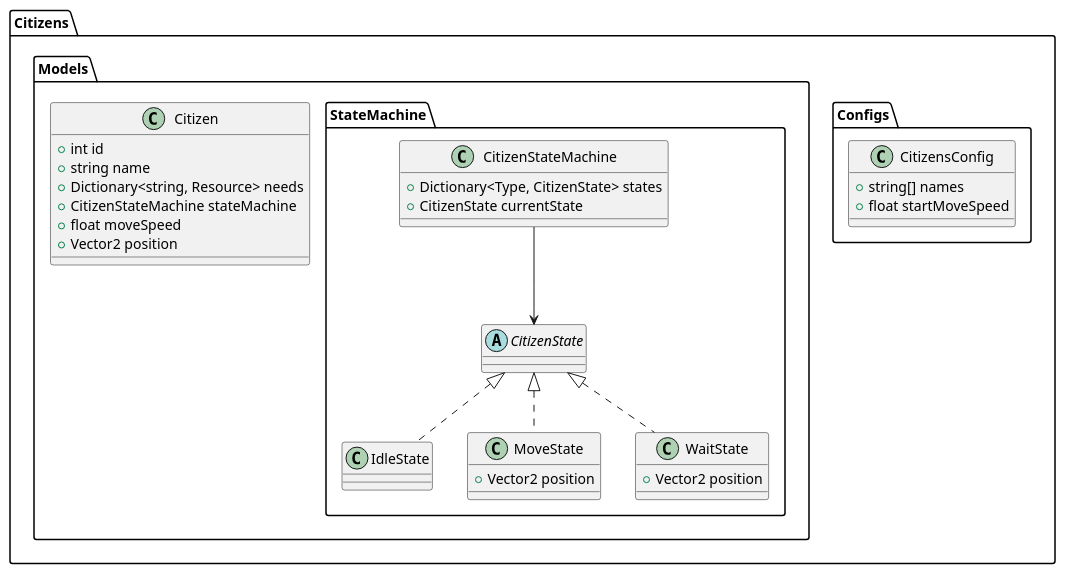
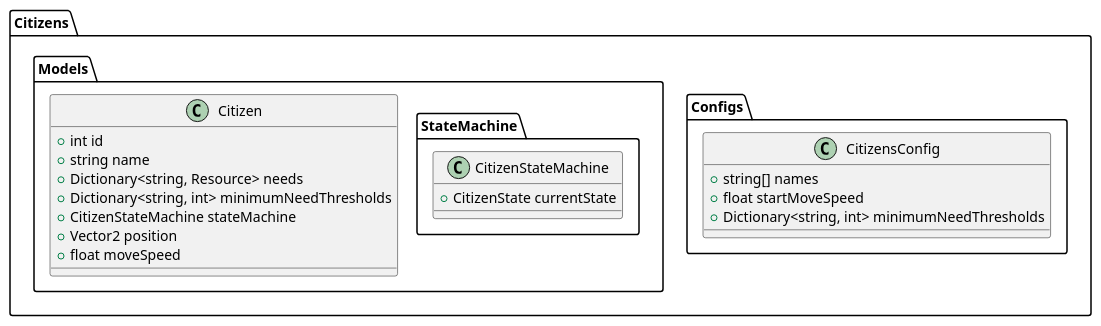
Before and after one commit to minusrep/Pivo-UML: the diagram in Colony/Citizens/Citizens.puml, drawn with PlantUML. The commit also changed 4 other files, not shown here.

```diff
--- a/Colony/Citizens/Citizens.puml
+++ b/Colony/Citizens/Citizens.puml
@@ -1,60 +1,36 @@
 @startuml
 
 package "Citizens"
 {
     package "Configs"
     {
         class CitizensConfig
         {
             +string[] names
             +float startMoveSpeed
+            +Dictionary<string, int> minimumNeedThresholds
         }
     }
 
     package "Models"
     {
         class Citizen 
         {
             +int id
             +string name
             +Dictionary<string, Resource> needs
+            +Dictionary<string, int> minimumNeedThresholds
             +CitizenStateMachine stateMachine
+            +Vector2 position
             +float moveSpeed
-            +Vector2 position
         }
     
-     package "StateMachine" {
-        class CitizenStateMachine {
-            +Dictionary<Type, CitizenState> states
-            +CitizenState currentState
-        }   
-        
-        abstract class CitizenState 
-        {
-            
-        }
-        
-        class IdleState 
-        {        
-            
-        }
-        
-        class MoveState 
-        {
-            +Vector2 position
-        }
-        
-        class WaitState 
-        {
-            +Vector2 position
-        }
-        
-        CitizenState <|.. WaitState  
-        CitizenState <|.. MoveState  
-        CitizenState <|.. IdleState  
-        CitizenStateMachine --> CitizenState
-        }
-    }
+    'TODO: Подумать над управлением состояний'
+    package "StateMachine" {
+    class CitizenStateMachine 
+    {
+        +CitizenState currentState
+    }   
 }
 
 @enduml
```
